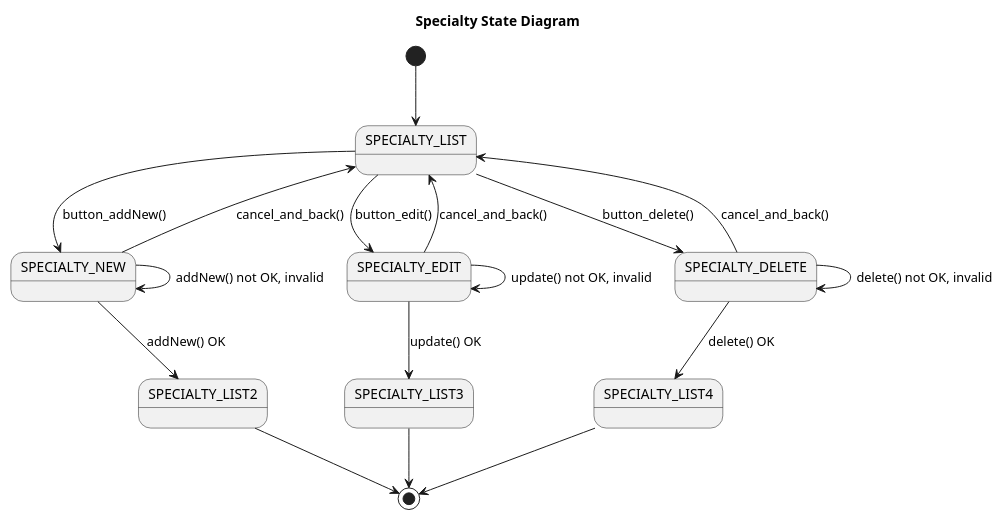
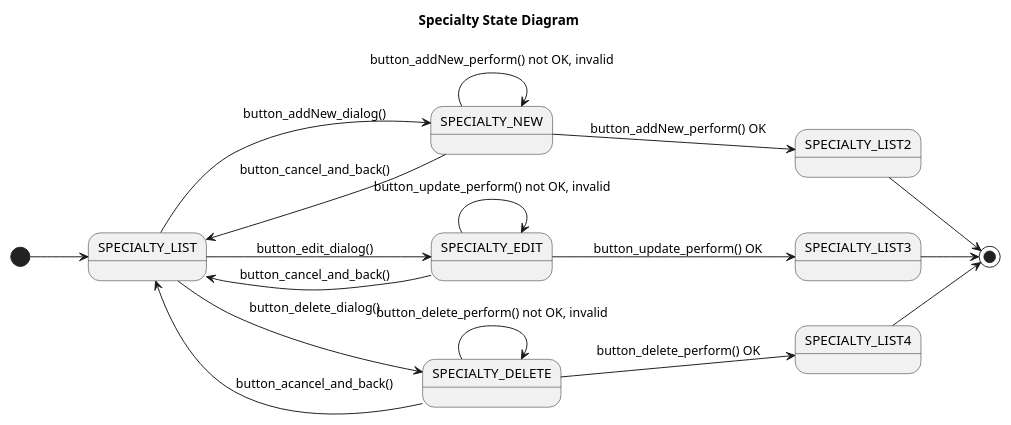
Before and after one commit to Jakarta-EE-Petclinic/petclinic-uml: the diagram in puml/specialty/Specialty__StateEngine.puml, drawn with PlantUML.

```diff
--- a/puml/specialty/Specialty__StateEngine.puml
+++ b/puml/specialty/Specialty__StateEngine.puml
@@ -1,43 +1,43 @@
 @startuml
 
 title Specialty State Diagram
 
 'https://plantuml.com/state-diagram
 
-' left to right direction
-top to bottom direction
+left to right direction
+'top to bottom direction
 
 scale 1000 width
 
 [*] --> SPECIALTY_LIST
 
-SPECIALTY_LIST --> SPECIALTY_NEW : button_addNew()
-SPECIALTY_LIST --> SPECIALTY_EDIT: button_edit()
-SPECIALTY_LIST --> SPECIALTY_DELETE: button_delete()
 
-SPECIALTY_NEW --> SPECIALTY_LIST: cancel_and_back()
-SPECIALTY_NEW --> SPECIALTY_LIST2: addNew() OK
+SPECIALTY_LIST --> SPECIALTY_NEW : button_addNew_dialog()
+SPECIALTY_NEW --> SPECIALTY_LIST: button_cancel_and_back()
+SPECIALTY_NEW --> SPECIALTY_LIST2: button_addNew_perform() OK
 
-SPECIALTY_EDIT --> SPECIALTY_LIST: cancel_and_back()
-SPECIALTY_EDIT --> SPECIALTY_LIST3: update() OK
+SPECIALTY_LIST --> SPECIALTY_EDIT: button_edit_dialog()
+SPECIALTY_EDIT --> SPECIALTY_LIST: button_cancel_and_back()
+SPECIALTY_EDIT --> SPECIALTY_LIST3: button_update_perform() OK
 
-SPECIALTY_DELETE --> SPECIALTY_LIST: cancel_and_back()
-SPECIALTY_DELETE --> SPECIALTY_LIST4: delete() OK
+SPECIALTY_LIST --> SPECIALTY_DELETE: button_delete_dialog()
+SPECIALTY_DELETE --> SPECIALTY_LIST: button_acancel_and_back()
+SPECIALTY_DELETE --> SPECIALTY_LIST4: button_delete_perform() OK
 
 SPECIALTY_LIST2 --> [*]
 SPECIALTY_LIST3 --> [*]
 SPECIALTY_LIST4 --> [*]
 
 
 state SPECIALTY_NEW {
-    SPECIALTY_NEW --> SPECIALTY_NEW : addNew() not OK, invalid
+    SPECIALTY_NEW --> SPECIALTY_NEW : button_addNew_perform() not OK, invalid
 }
 state SPECIALTY_EDIT {
-    SPECIALTY_EDIT --> SPECIALTY_EDIT: update() not OK, invalid
+    SPECIALTY_EDIT --> SPECIALTY_EDIT: button_update_perform() not OK, invalid
 }
 state SPECIALTY_DELETE {
-    SPECIALTY_DELETE --> SPECIALTY_DELETE: delete() not OK, invalid
+    SPECIALTY_DELETE --> SPECIALTY_DELETE: button_delete_perform() not OK, invalid
 }
 
 
 @enduml
```
